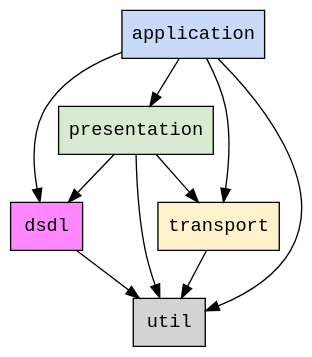
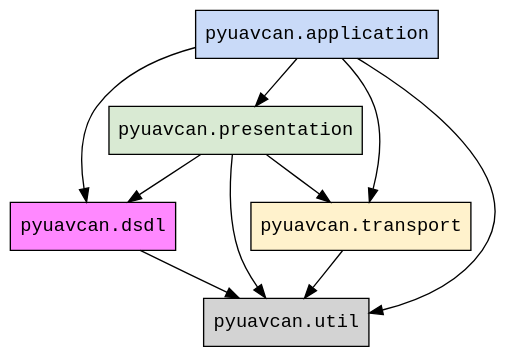
The diagram in docs/pages/architecture.rst (OpenCyphal/pycyphal), drawn with Graphviz before and after one commit. The commit also changed other lines of this file and 15 other files, not shown here.

```diff
--- a/docs/pages/architecture.rst
+++ b/docs/pages/architecture.rst
@@ -165,18 +171,18 @@
 .. graphviz::
     :caption: Submodule interdependency
 
     digraph submodule_interdependency {
         graph   [bgcolor=transparent];
         node    [shape=box, style=filled, fontname="monospace"];
 
-        dsdl            [fillcolor="#FF88FF"];
-        transport       [fillcolor="#FFF2CC"];
-        presentation    [fillcolor="#D9EAD3"];
-        application     [fillcolor="#C9DAF8"];
-        util            [fillcolor="#D3D3D3"];
+        dsdl            [fillcolor="#FF88FF", label="pyuavcan.dsdl"];
+        transport       [fillcolor="#FFF2CC", label="pyuavcan.transport"];
+        presentation    [fillcolor="#D9EAD3", label="pyuavcan.presentation"];
+        application     [fillcolor="#C9DAF8", label="pyuavcan.application"];
+        util            [fillcolor="#D3D3D3", label="pyuavcan.util"];
 
         dsdl            -> util;
         transport       -> util;
         presentation    -> {dsdl transport util};
         application     -> {dsdl transport presentation util};
     }
```
